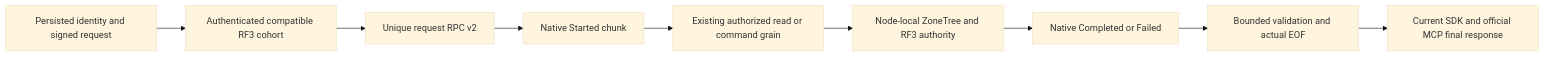
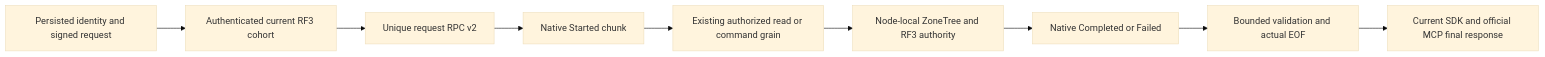
One commit to managedcode/KeyLoad changed the diagram in docs/Features/ClusterRouting/NativeCqrsRequestV2.md. Above: the diagram before and after it, drawn with Mermaid (base theme). The commit also changed other lines of this file and 152 other files, not shown here.

````diff
--- a/docs/Features/ClusterRouting/NativeCqrsRequestV2.md
+++ b/docs/Features/ClusterRouting/NativeCqrsRequestV2.md
@@ -9,11 +12,11 @@
 ```mermaid
 flowchart LR
-    Gateway[Persisted identity and signed request] --> Cohort[Authenticated compatible RF3 cohort]
+    Gateway[Persisted identity and signed request] --> Cohort[Authenticated current RF3 cohort]
     Cohort --> Request[Unique request RPC v2]
     Request --> Started[Native Started chunk]
     Started --> Capability[Existing authorized read or command grain]
     Capability --> Host[Node-local ZoneTree and RF3 authority]
     Host --> Terminal[Native Completed or Failed]
     Terminal --> Drain[Bounded validation and actual EOF]
     Drain --> Response[Current SDK and official MCP final response]
 ```
````
